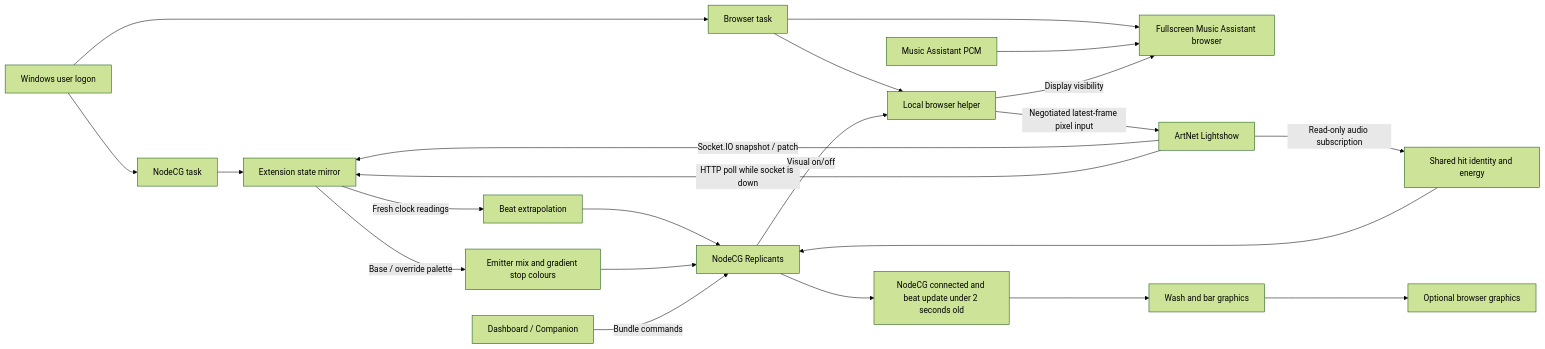
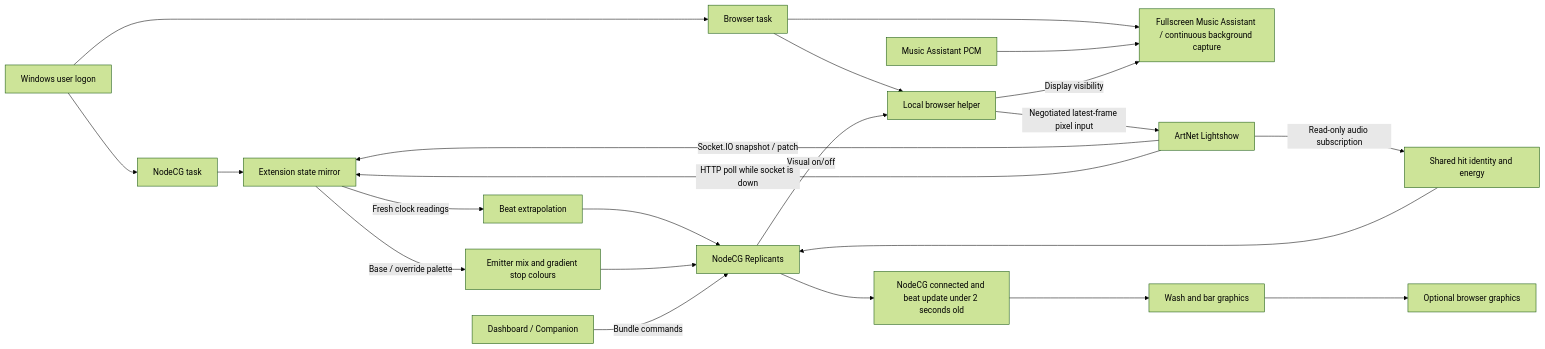
Before and after one commit to tyclab/party-visuals: the diagram in README.md, drawn with Mermaid (forest theme). The commit also changed other lines of this file and 2 other files, not shown here.

Commit message:
fix(browser): keep dedicated capture active when unfocused

````diff
--- a/README.md
+++ b/README.md
@@ -288,24 +295,24 @@
 ```mermaid
 flowchart LR
   Logon[Windows user logon] --> NodeTask[NodeCG task]
   NodeTask --> Mirror
   Logon --> BrowserTask[Browser task]
-  BrowserTask --> Browser[Fullscreen Music Assistant browser]
+  BrowserTask --> Browser[Fullscreen Music Assistant / continuous background capture]
   Music[Music Assistant PCM] --> Browser
   BrowserTask --> Helper[Local browser helper]
   Helper -->|Negotiated latest-frame pixel input| Lightshow
   Replicants -->|Visual on/off| Helper
   Helper -->|Display visibility| Browser
   Lightshow[ArtNet Lightshow] -->|Socket.IO snapshot / patch| Mirror[Extension state mirror]
   Lightshow -->|HTTP poll while socket is down| Mirror
   Lightshow -->|Read-only audio subscription| Audio[Shared hit identity and energy]
   Audio --> Replicants
   Mirror -->|Fresh clock readings| Clock[Beat extrapolation]
   Mirror -->|Base / override palette| Colours[Emitter mix and gradient stop colours]
   Clock --> Replicants[NodeCG Replicants]
   Colours --> Replicants
   Replicants --> Fresh[NodeCG connected and beat update under 2 seconds old]
   Fresh --> Graphics[Wash and bar graphics]
   Graphics --> Optional[Optional browser graphics]
   Controls[Dashboard / Companion] -->|Bundle commands| Replicants
 ```
````
